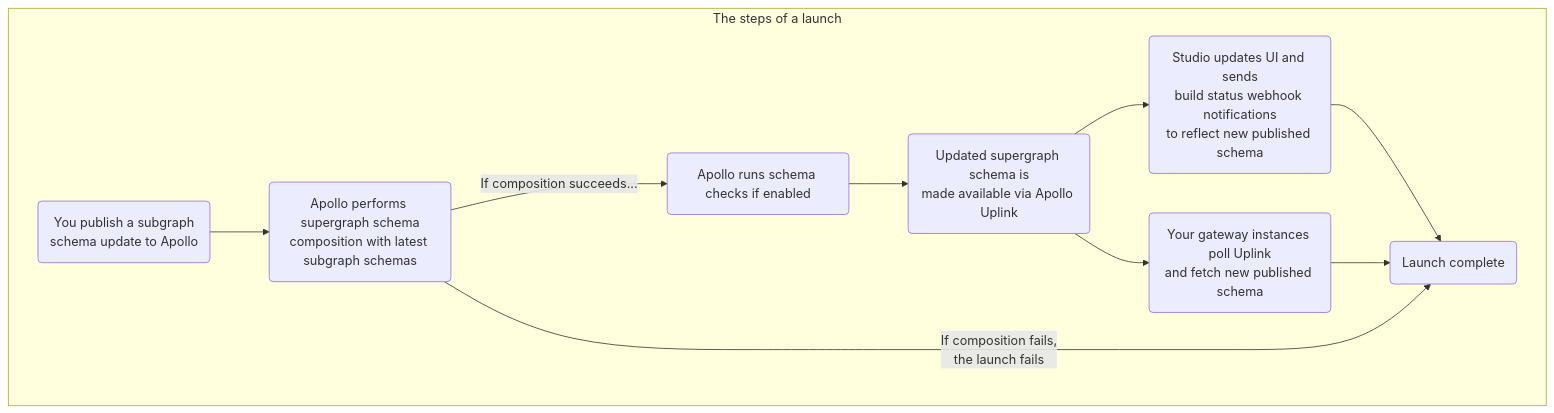
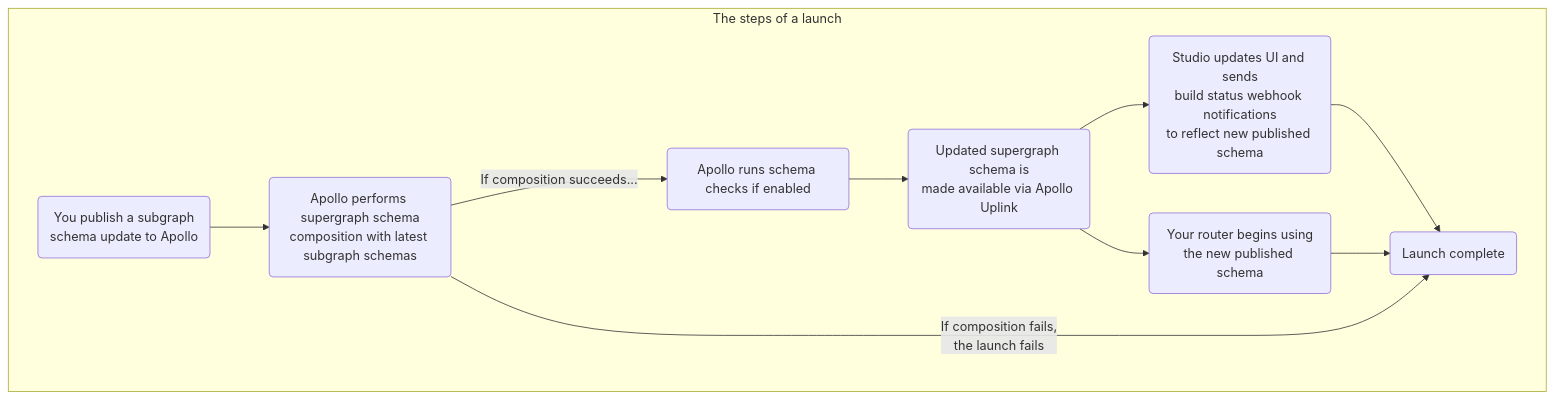
Before and after one commit to apollographql/docs: the diagram in src/content/studio/launches.mdx, drawn with Mermaid. The commit also changed other lines of this file and 12 other files, not shown here.

````diff
--- a/src/content/studio/launches.mdx
+++ b/src/content/studio/launches.mdx
@@ -35,13 +33,13 @@
 ```mermaid
 graph TB;
   subgraph "The steps of a launch"
   subgraphPublished(You publish a subgraph <br/>schema update to Apollo) --> composition(Apollo performs supergraph schema<br/>composition with latest subgraph schemas);
   composition --"If composition succeeds..."-->checks(Apollo runs schema checks if enabled);
   checks-->uplink(Updated supergraph schema is<br/>made available via Apollo Uplink);
   uplink-->studio(Studio updates UI and sends<br/>build status webhook notifications<br/>to reflect new published schema);
-  uplink --> gateways(Your gateway instances poll Uplink<br/>and fetch new published schema);
+  uplink --> gateways(Your router begins using<br/>the new published schema);
   studio --> complete(Launch complete);
   gateways-->complete;
   composition --"If composition fails,<br/>the launch fails"--> complete;
   end
 ```
````
